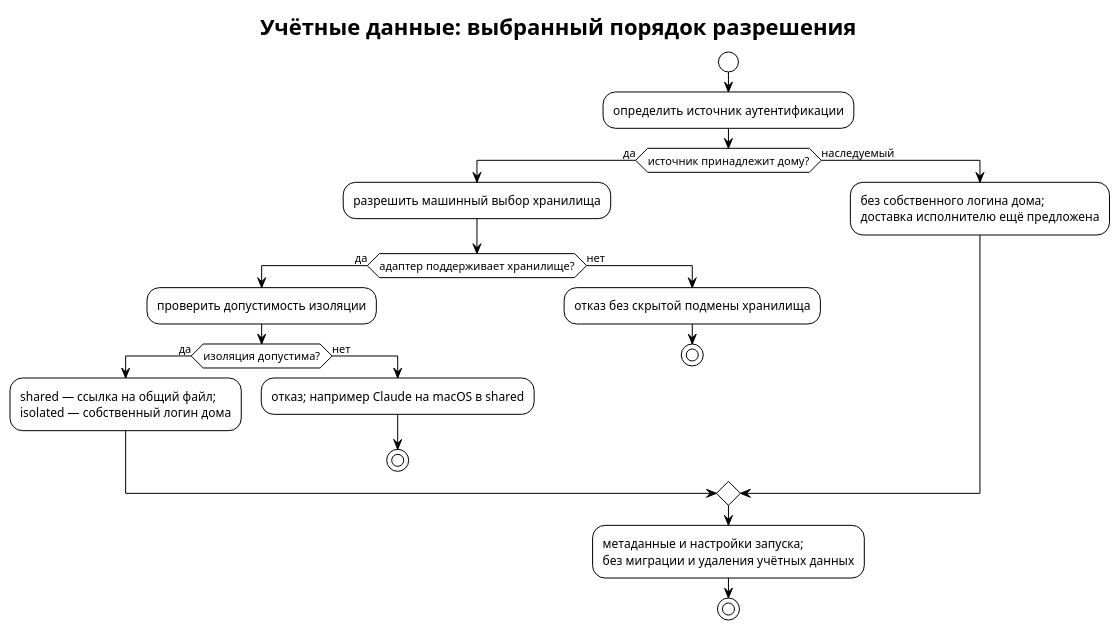
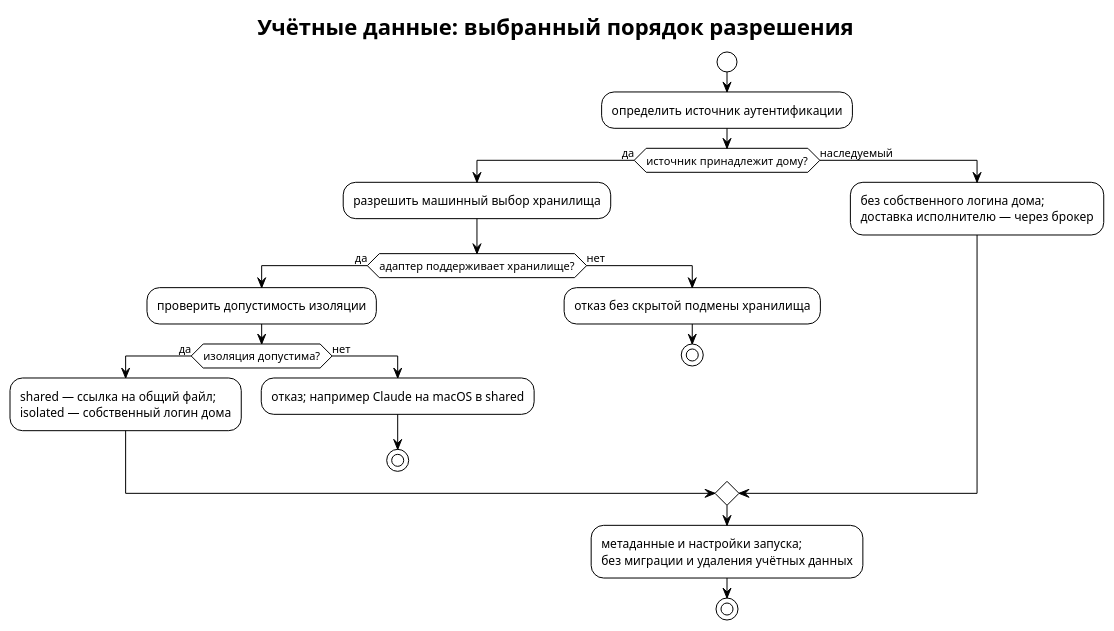
The diagram in book/src/resolution-order.puml (relux-works/swarma-docs), drawn with PlantUML before and after one commit. The commit also changed 51 other files, not shown here.

```diff
--- a/book/src/resolution-order.puml
+++ b/book/src/resolution-order.puml
@@ -1,27 +1,27 @@
 @startuml resolution-order
 !theme plain
 skinparam defaultFontName "PT Sans"
 skinparam shadowing false
 title Учётные данные: выбранный порядок разрешения
 start
 :определить источник аутентификации;
 if (источник принадлежит дому?) then (да)
   :разрешить машинный выбор хранилища;
   if (адаптер поддерживает хранилище?) then (да)
     :проверить допустимость изоляции;
     if (изоляция допустима?) then (да)
       :shared — ссылка на общий файл;\nisolated — собственный логин дома;
     else (нет)
       :отказ; например Claude на macOS в shared;
       stop
     endif
   else (нет)
     :отказ без скрытой подмены хранилища;
     stop
   endif
 else (наследуемый)
-  :без собственного логина дома;\nдоставка исполнителю ещё предложена;
+  :без собственного логина дома;\nдоставка исполнителю — через брокер;
 endif
 :метаданные и настройки запуска;\nбез миграции и удаления учётных данных;
 stop
 @enduml
```
